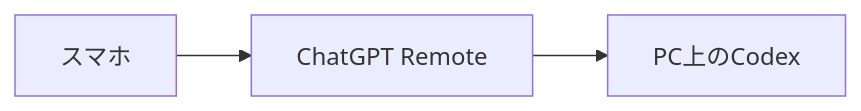
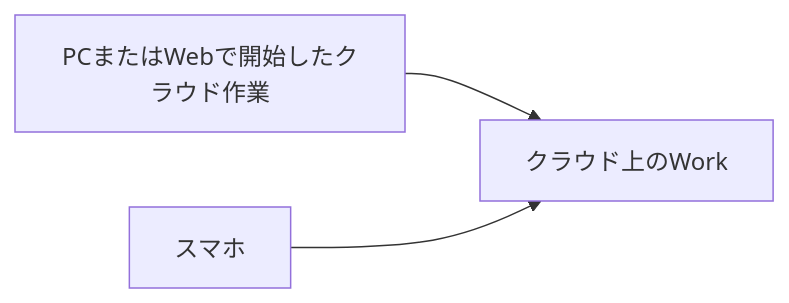
The first of 5 diagrams in content/31_Research/スマートフォンからChatGPT Work／Codex／PCを遠隔利用する方法の整理.md (fukkamaru/digital-garden), drawn with Mermaid before and after one commit. The commit also changed other lines of this file and 319 other files, not shown here.

````diff
--- a/content/31_Research/スマートフォンからChatGPT Work／Codex／PCを遠隔利用する方法の整理.md
+++ b/content/31_Research/スマートフォンからChatGPT Work／Codex／PCを遠隔利用する方法の整理.md
@@ -336,8 +59,5 @@
 ```mermaid
 flowchart LR
-    A[スマホ]
-    B[ChatGPT Remote]
-    C[PC上のCodex]
-
-    A --> B --> C
+    A[PCまたはWebで開始したクラウド作業] --> B[クラウド上のWork]
+    C[スマホ] --> B
 ```
````
